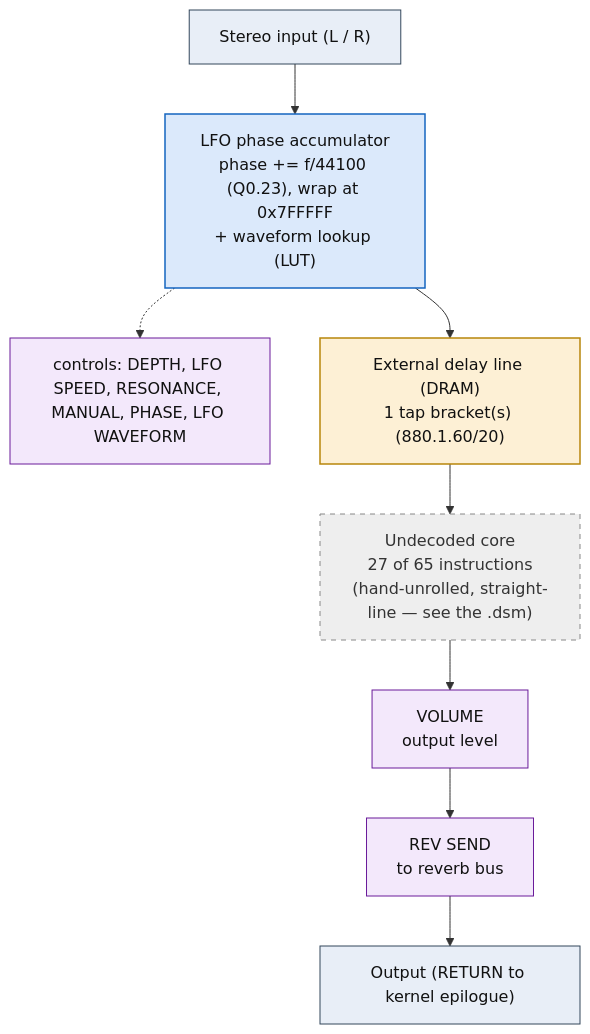
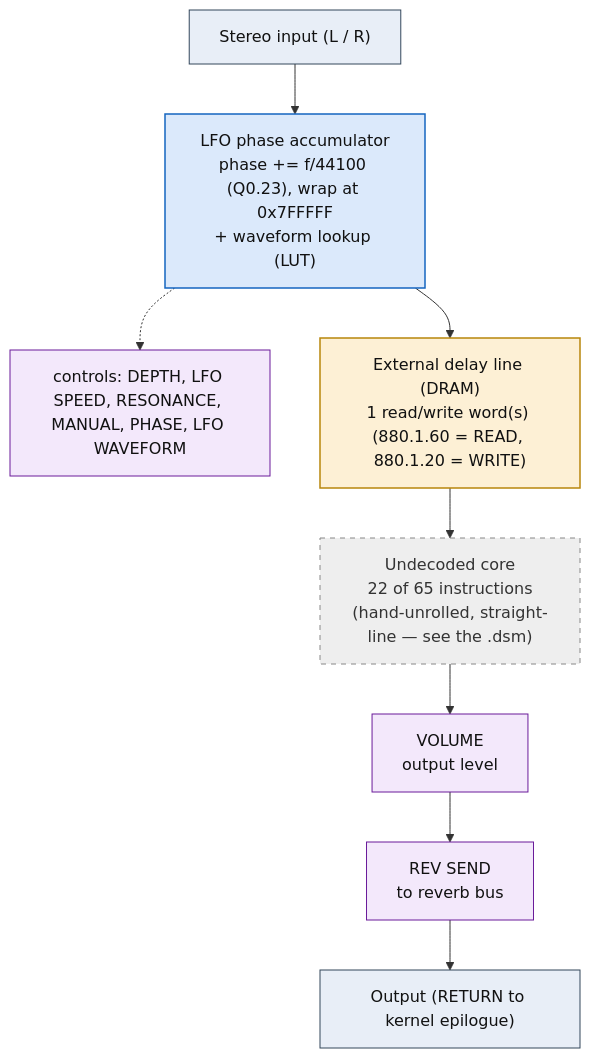
One commit to ArqueologiaDigital/KN5000-docs changed the diagram in flowcharts/prog04_flanger.md. Above: the diagram before and after it, drawn with Mermaid. The commit also changed other lines of this file and 38 other files, not shown here.

First line of the commit message:
flowcharts: withdraw the envelope-detector reading, decode the DRAM accesses

````diff
--- a/flowcharts/prog04_flanger.md
+++ b/flowcharts/prog04_flanger.md
@@ -19,30 +19,30 @@
 ```mermaid
 flowchart TD
     N0["Stereo input (L / R)"]
     N1["LFO phase accumulator<br/>phase += f/44100 (Q0.23), wrap at 0x7FFFFF<br/>+ waveform lookup (LUT)"]
     N0 --> N1
     N2["controls: DEPTH, LFO SPEED, RESONANCE, MANUAL, PHASE, LFO WAVEFORM"]
     N1 -.-> N2
-    N3["External delay line (DRAM)<br/>1 tap bracket(s) (880.1.60/20)"]
+    N3["External delay line (DRAM)<br/>1 read/write word(s) (880.1.60 = READ, 880.1.20 = WRITE)"]
     N1 --> N3
-    N4["Undecoded core<br/>27 of 65 instructions<br/>(hand-unrolled, straight-line &mdash; see the .dsm)"]
+    N4["Undecoded core<br/>22 of 65 instructions<br/>(hand-unrolled, straight-line &mdash; see the .dsm)"]
     N3 --> N4
     N5["VOLUME<br/>output level"]
     N4 --> N5
     N6["REV SEND<br/>to reverb bus"]
     N5 --> N6
     N7["Output (RETURN to kernel epilogue)"]
     N6 --> N7
 
     classDef io fill:#e8eef7,stroke:#33475b,stroke-width:1px,color:#111;
     classDef proven fill:#d7f0d7,stroke:#2e7d32,stroke-width:2px,color:#111;
     classDef measured fill:#dbe9fb,stroke:#1565c0,stroke-width:1.5px,color:#111;
     classDef inferred fill:#fdf0d5,stroke:#b8860b,stroke-width:1.5px,color:#111;
     classDef open fill:#eeeeee,stroke:#888,stroke-width:1px,color:#333,stroke-dasharray:5 5;
     classDef ctrl fill:#f3e8fb,stroke:#6a1b9a,stroke-width:1px,color:#111;
     class N0,N7 io;
     class N1 measured;
     class N2,N5,N6 ctrl;
     class N3 inferred;
     class N4 open;
 ```
````
